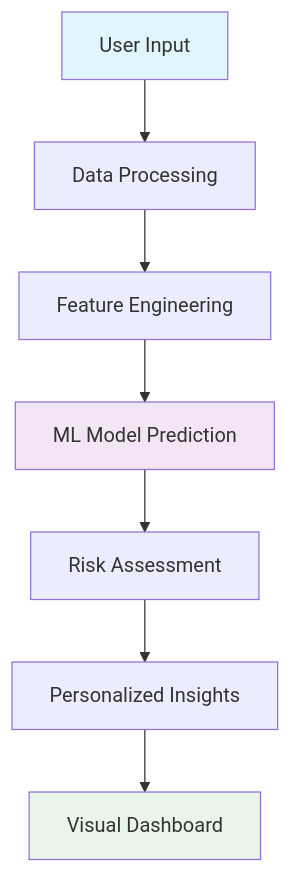
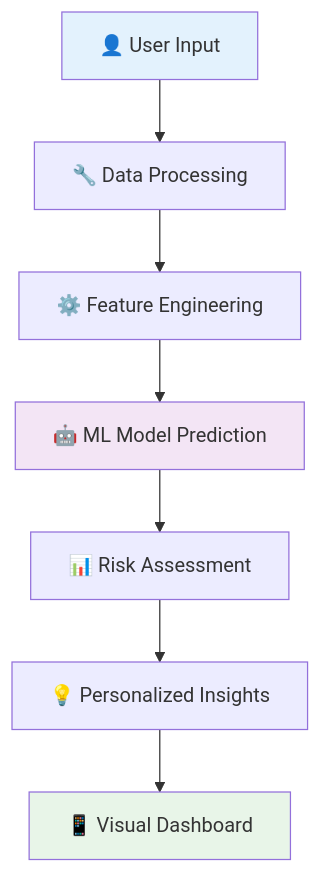
The diagram in README.md (ananda-0007/medi-check), drawn with Mermaid before and after one commit. The commit also changed other lines of this file, not shown here.

````diff
--- a/README.md
+++ b/README.md
@@ -74,13 +81,13 @@
 ```mermaid
 graph TD
-    A[User Input] --> B[Data Processing]
-    B --> C[Feature Engineering]
-    C --> D[ML Model Prediction]
-    D --> E[Risk Assessment]
-    E --> F[Personalized Insights]
-    F --> G[Visual Dashboard]
+    A[👤 User Input] --> B[🔧 Data Processing]
+    B --> C[⚙️ Feature Engineering]
+    C --> D[🤖 ML Model Prediction]
+    D --> E[📊 Risk Assessment]
+    E --> F[💡 Personalized Insights]
+    F --> G[📱 Visual Dashboard]
     
-    style A fill:#e1f5fe
+    style A fill:#e3f2fd
     style D fill:#f3e5f5
     style G fill:#e8f5e8
 ```
````
